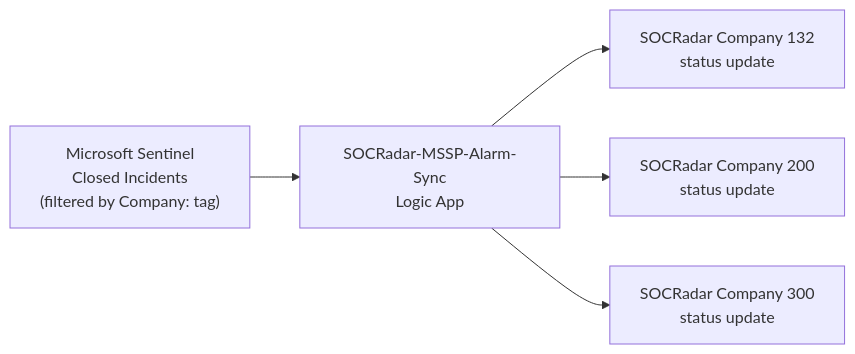
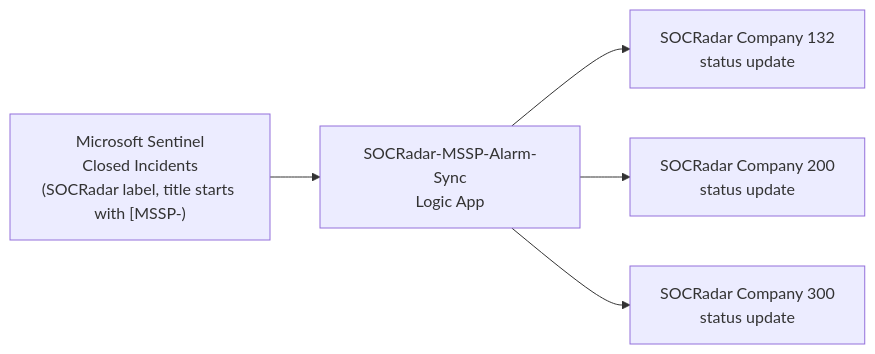
The second of 2 diagrams in production/README.md (orcunsami/SOCRadar-Azure-MSSP-Incidents), drawn with Mermaid before and after one commit. The commit also changed other lines of this file and 18 other files, not shown here.

Commit message:
Fix Sync audit row, MSSP queries and docs

````diff
--- a/production/README.md
+++ b/production/README.md
@@ -32,7 +32,7 @@
 ```mermaid
 flowchart LR
-    A["Microsoft Sentinel<br/>Closed Incidents<br/>(filtered by Company:<name> tag)"] --> B["SOCRadar-MSSP-Alarm-Sync<br/>Logic App"]
+    A["Microsoft Sentinel<br/>Closed Incidents<br/>(SOCRadar label, title starts with [MSSP-)"] --> B["SOCRadar-MSSP-Alarm-Sync<br/>Logic App"]
     B --> C1["SOCRadar Company 132<br/>status update"]
     B --> C2["SOCRadar Company 200<br/>status update"]
     B --> C3["SOCRadar Company 300<br/>status update"]
 ```
````
